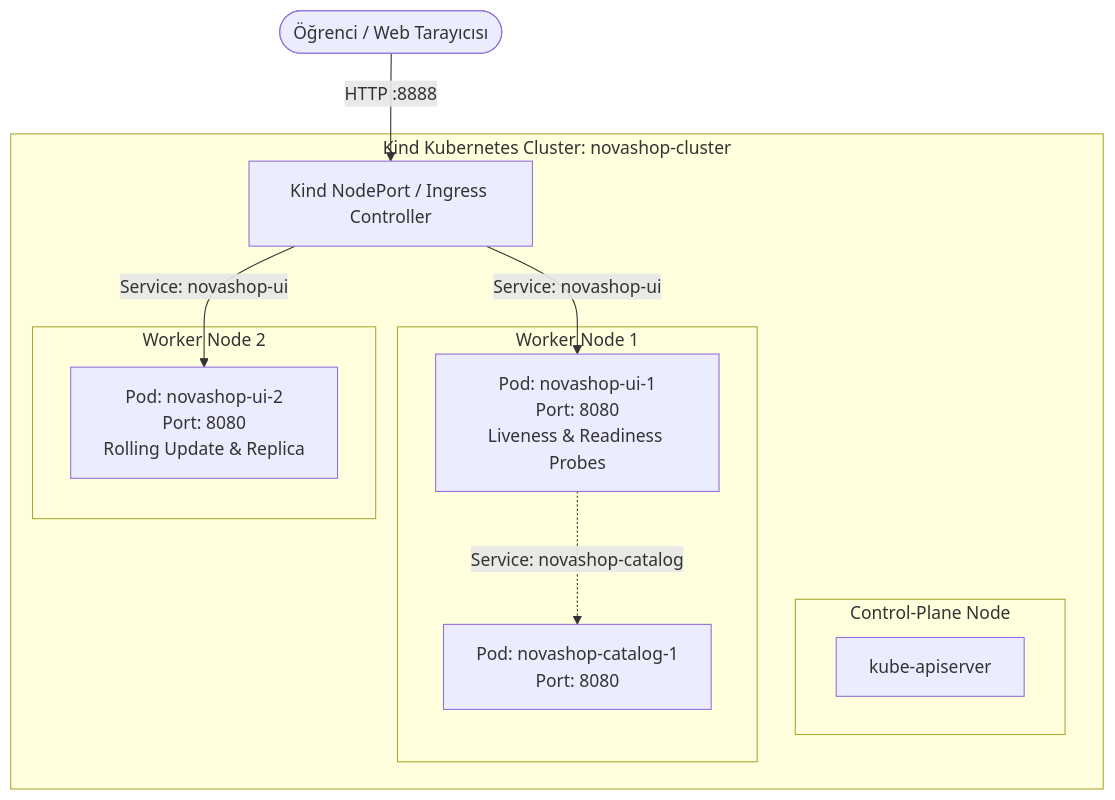
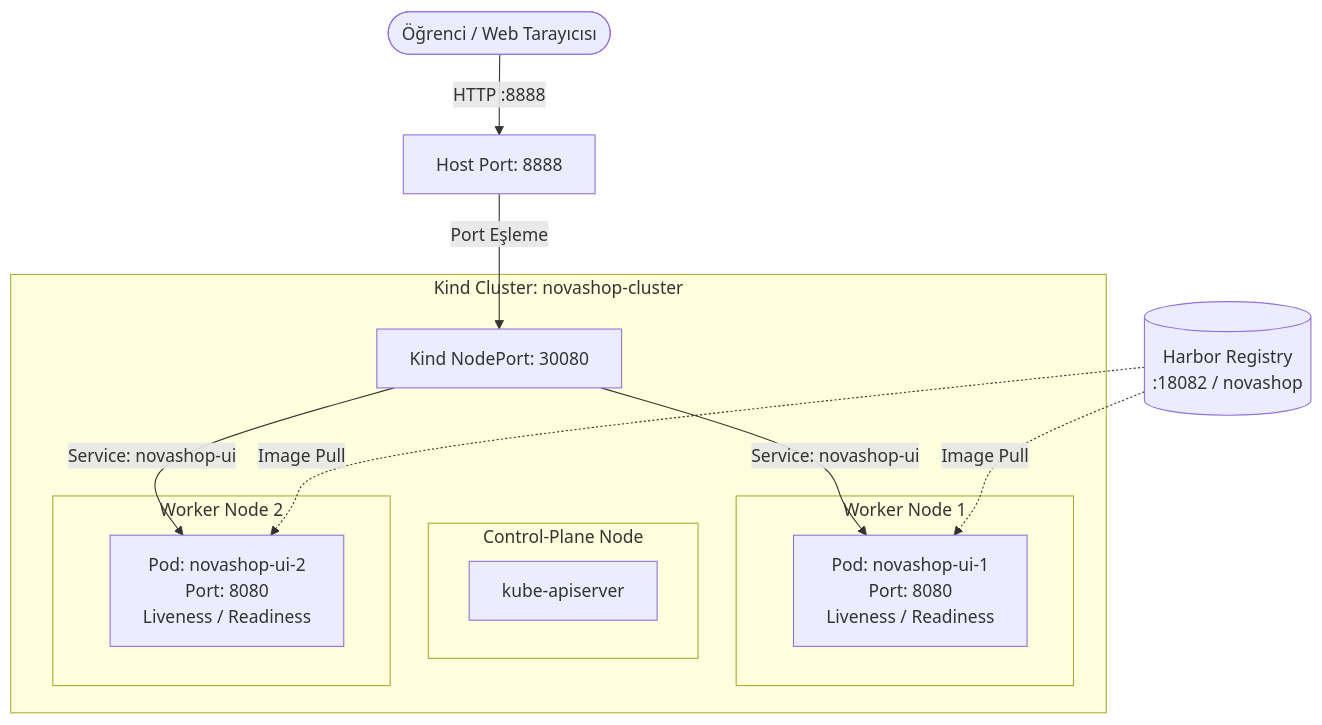
Before and after one commit to devopsatolyesi-labs/novashop: the diagram in labs/LAB-06/README.md, drawn with Mermaid. The commit also changed other lines of this file, not shown here.

Commit message:
docs(lab-06): refactor kind directory, clean kubectl version, harbor registry and helm lifecycle

````diff
--- a/labs/LAB-06/README.md
+++ b/labs/LAB-06/README.md
@@ -32,23 +36,25 @@
 ```mermaid
 graph TD
-    User([Öğrenci / Web Tarayıcısı]) -->|HTTP :8888| Ingress[Kind NodePort / Ingress Controller]
+    User([Öğrenci / Web Tarayıcısı]) -->|HTTP :8888| HostPort[Host Port: 8888]
+    HostPort -->|Port Eşleme| NodePort[Kind NodePort: 30080]
 
-    subgraph Kind Kubernetes Cluster: novashop-cluster
+    subgraph Kind Cluster: novashop-cluster
         subgraph Control-Plane Node
             APIServer[kube-apiserver]
         end
 
         subgraph Worker Node 1
-            UI_Pod1[Pod: novashop-ui-1<br/>Port: 8080<br/>Liveness & Readiness Probes]
-            Catalog_Pod1[Pod: novashop-catalog-1<br/>Port: 8080]
+            UI_Pod1[Pod: novashop-ui-1<br/>Port: 8080<br/>Liveness / Readiness]
         end
 
         subgraph Worker Node 2
-            UI_Pod2[Pod: novashop-ui-2<br/>Port: 8080<br/>Rolling Update & Replica]
+            UI_Pod2[Pod: novashop-ui-2<br/>Port: 8080<br/>Liveness / Readiness]
         end
-        
-        Ingress -->|Service: novashop-ui| UI_Pod1
-        Ingress -->|Service: novashop-ui| UI_Pod2
-        UI_Pod1 -.->|Service: novashop-catalog| Catalog_Pod1
+
+        NodePort -->|Service: novashop-ui| UI_Pod1
+        NodePort -->|Service: novashop-ui| UI_Pod2
     end
+
+    Registry[(Harbor Registry<br/>:18082 / novashop)] -.->|Image Pull| UI_Pod1
+    Registry -.->|Image Pull| UI_Pod2
 ```
````
